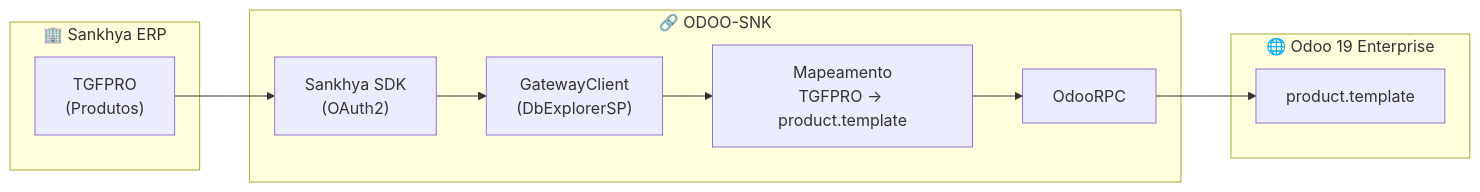
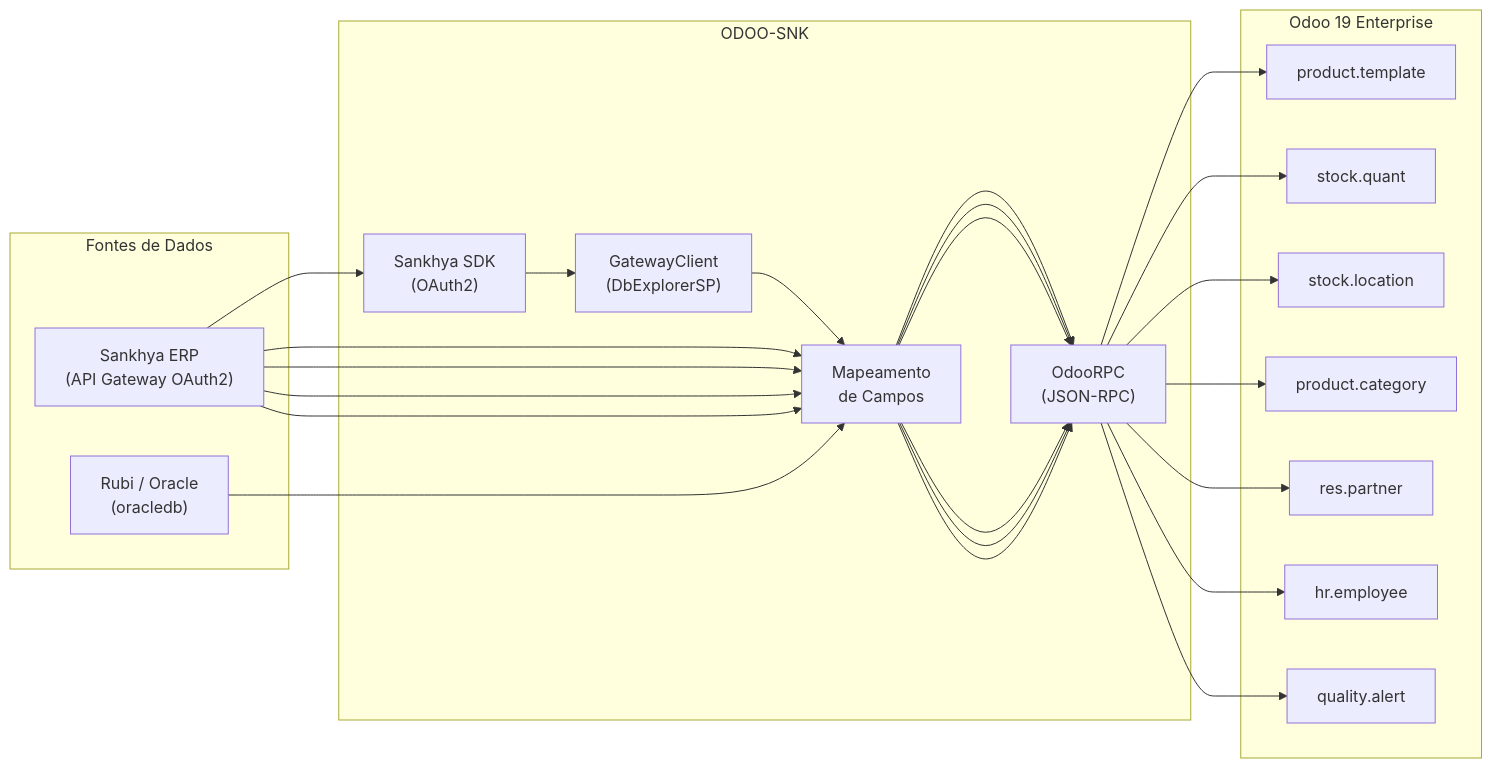
Before and after one commit to ssmvictor/ODOO-SNK: the diagram in README.md, drawn with Mermaid. The commit also changed other lines of this file and 12 other files, not shown here.

````diff
--- a/README.md
+++ b/README.md
@@ -25,19 +32,32 @@
 ```mermaid
 flowchart LR
-    subgraph Sankhya["🏢 Sankhya ERP"]
-        TGFPRO["TGFPRO\n(Produtos)"]
+    subgraph Fontes["Fontes de Dados"]
+        SNK["Sankhya ERP\n(API Gateway OAuth2)"]
+        ORA["Rubi / Oracle\n(oracledb)"]
     end
 
-    subgraph Script["🔗 ODOO-SNK"]
+    subgraph Script["ODOO-SNK"]
         SDK["Sankhya SDK\n(OAuth2)"]
         GW["GatewayClient\n(DbExplorerSP)"]
-        MAP["Mapeamento\nTGFPRO → product.template"]
-        RPC["OdooRPC"]
+        MAP["Mapeamento\nde Campos"]
+        RPC["OdooRPC\n(JSON-RPC)"]
     end
 
-    subgraph Odoo["🌐 Odoo 19 Enterprise"]
+    subgraph Odoo["Odoo 19 Enterprise"]
         PT["product.template"]
+        SQ["stock.quant"]
+        SL["stock.location"]
+        PC["product.category"]
+        RP["res.partner"]
+        HR["hr.employee"]
+        QA["quality.alert"]
     end
 
-    TGFPRO --> SDK --> GW --> MAP --> RPC --> PT
+    SNK --> SDK --> GW --> MAP --> RPC --> PT
+    SNK --> MAP --> RPC --> SQ
+    SNK --> MAP --> RPC --> SL
+    SNK --> MAP --> RPC --> PC
+    SNK --> MAP --> RPC --> RP
+    ORA --> MAP --> RPC --> HR
+    RPC --> QA
 ```
````
